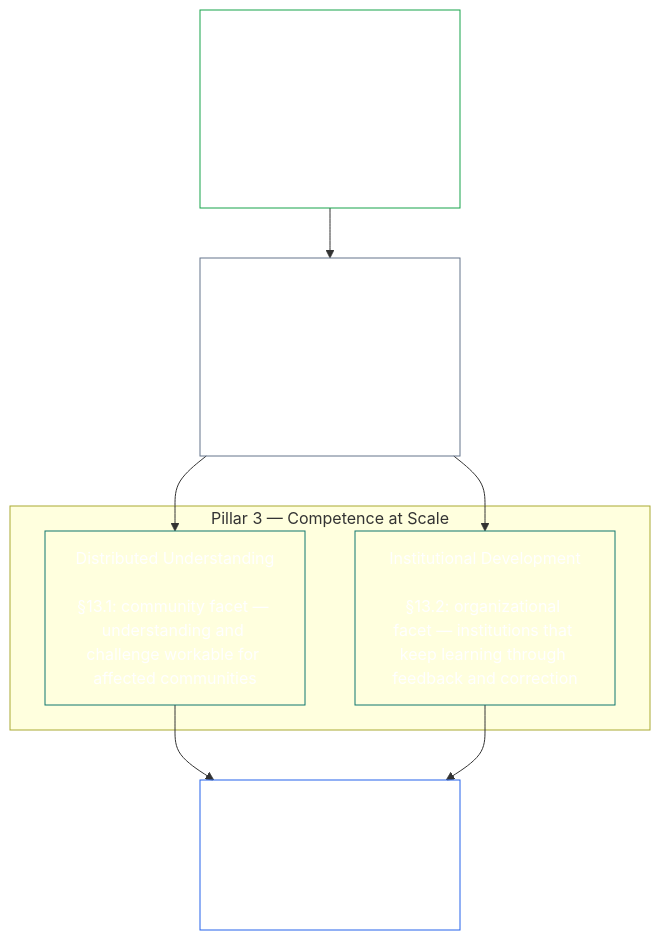
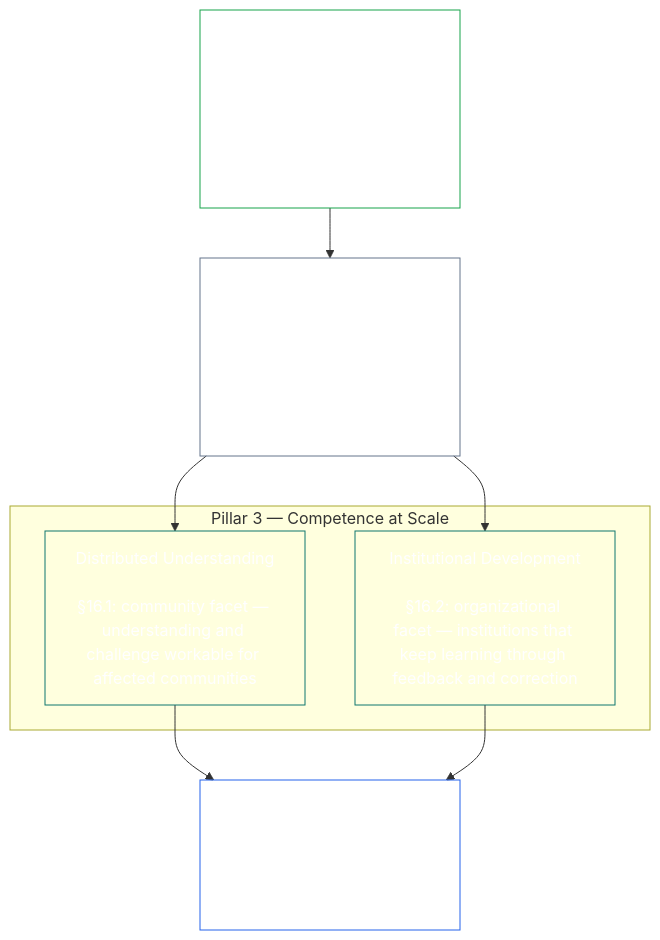
Before and after one commit to kfoelsch/Sentient_Constitution: the diagram in core_01_c_stewardship_capacity_principles.md, drawn with Mermaid. The commit also changed other lines of this file and 140 other files, not shown here.

````diff
--- a/core_01_c_stewardship_capacity_principles.md
+++ b/core_01_c_stewardship_capacity_principles.md
@@ -93,17 +93,17 @@
 ```mermaid
 flowchart TB
-    P1["Pillar 1 — Consequential Stewardship<br/><br/>§14: hands-on operation, maintenance, oversight, and improvement of material systems"]
+    P1["Pillar 1 — Consequential Stewardship<br/><br/>§17: hands-on operation, maintenance, oversight, and improvement of material systems"]
     P2["Pillar 2 — Proactive Stewardship<br/><br/>Catch trouble early, raise it on time for the role, and start fixing it without avoidable delay"]
     subgraph P3G["Pillar 3 — Competence at Scale"]
-        P3a["Distributed Understanding<br/><br/>§13.1: community facet — understanding and challenge workable for affected communities"]
-        P3b["Institutional Development<br/><br/>§13.2: organizational facet — institutions that keep learning through feedback and correction"]
+        P3a["Distributed Understanding<br/><br/>§16.1: community facet — understanding and challenge workable for affected communities"]
+        P3b["Institutional Development<br/><br/>§16.2: organizational facet — institutions that keep learning through feedback and correction"]
     end
     TETRAD["Constitutional Tetrad<br/><br/>Participation, Oversight, and Timeliness legs, scaled to material stake"]
     P1 --> P2 --> P3a --> TETRAD
     P2 --> P3b --> TETRAD
     style P1 fill:none,stroke:#16a34a,color:#ffffff
     style P2 fill:none,stroke:#64748b,color:#ffffff
     style P3a fill:none,stroke:#0f766e,color:#ffffff
     style P3b fill:none,stroke:#0f766e,color:#ffffff
     style TETRAD fill:none,stroke:#2563eb,color:#ffffff
 ```
````
